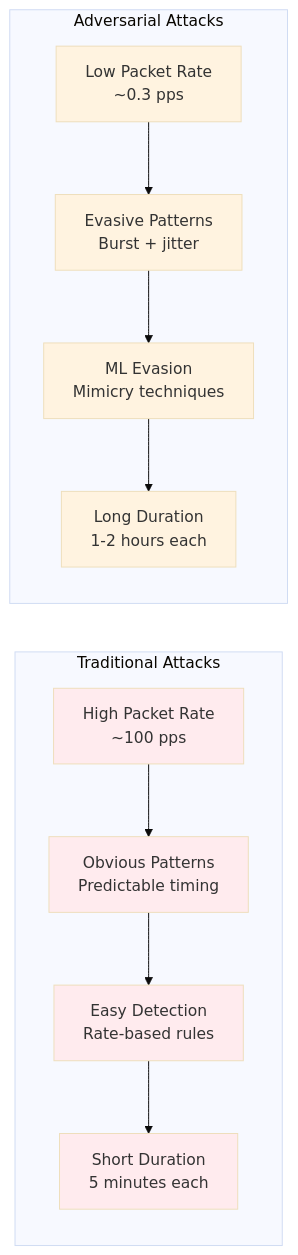
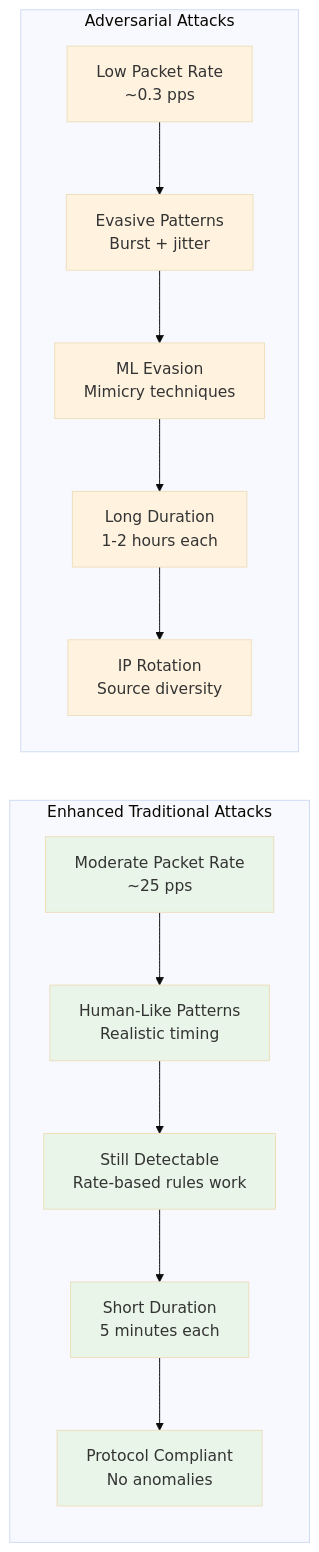
One commit to nqmn/adddosdn changed diagram 18 of 21 in docs/scenario.md. Above: the diagram before and after it, drawn with Mermaid (base theme). The commit also changed other lines of this file, not shown here.

````diff
--- a/docs/scenario.md
+++ b/docs/scenario.md
@@ -312,23 +473,27 @@
 ```mermaid
 flowchart LR
-    subgraph "Traditional Attacks"
-        A[High Packet Rate<br/>~100 pps] --> B[Obvious Patterns<br/>Predictable timing]
-        B --> C[Easy Detection<br/>Rate-based rules]
+    subgraph "Enhanced Traditional Attacks"
+        A[Moderate Packet Rate<br/>~25 pps] --> B[Human-Like Patterns<br/>Realistic timing]
+        B --> C[Still Detectable<br/>Rate-based rules work]
         C --> D[Short Duration<br/>5 minutes each]
+        D --> E[Protocol Compliant<br/>No anomalies]
     end
     
     subgraph "Adversarial Attacks"
-        E[Low Packet Rate<br/>~0.3 pps] --> F[Evasive Patterns<br/>Burst + jitter]
-        F --> G[ML Evasion<br/>Mimicry techniques]
-        G --> H[Long Duration<br/>1-2 hours each]
+        F[Low Packet Rate<br/>~0.3 pps] --> G[Evasive Patterns<br/>Burst + jitter]
+        G --> H[ML Evasion<br/>Mimicry techniques]
+        H --> I[Long Duration<br/>1-2 hours each]
+        I --> J[IP Rotation<br/>Source diversity]
     end
     
-    style A fill:#ffebee
-    style B fill:#ffebee
-    style C fill:#ffebee
-    style D fill:#ffebee
-    style E fill:#fff3e0
+    style A fill:#e8f5e8
+    style B fill:#e8f5e8
+    style C fill:#e8f5e8
+    style D fill:#e8f5e8
+    style E fill:#e8f5e8
     style F fill:#fff3e0
     style G fill:#fff3e0
     style H fill:#fff3e0
+    style I fill:#fff3e0
+    style J fill:#fff3e0
 ```
````
